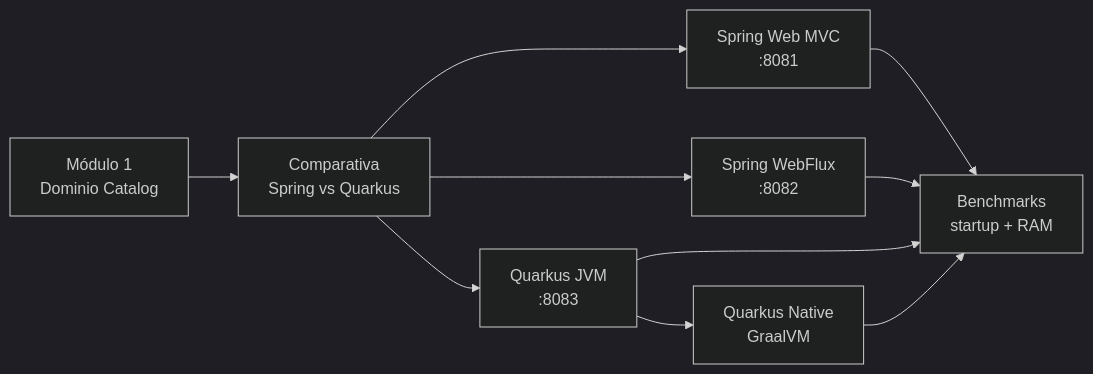
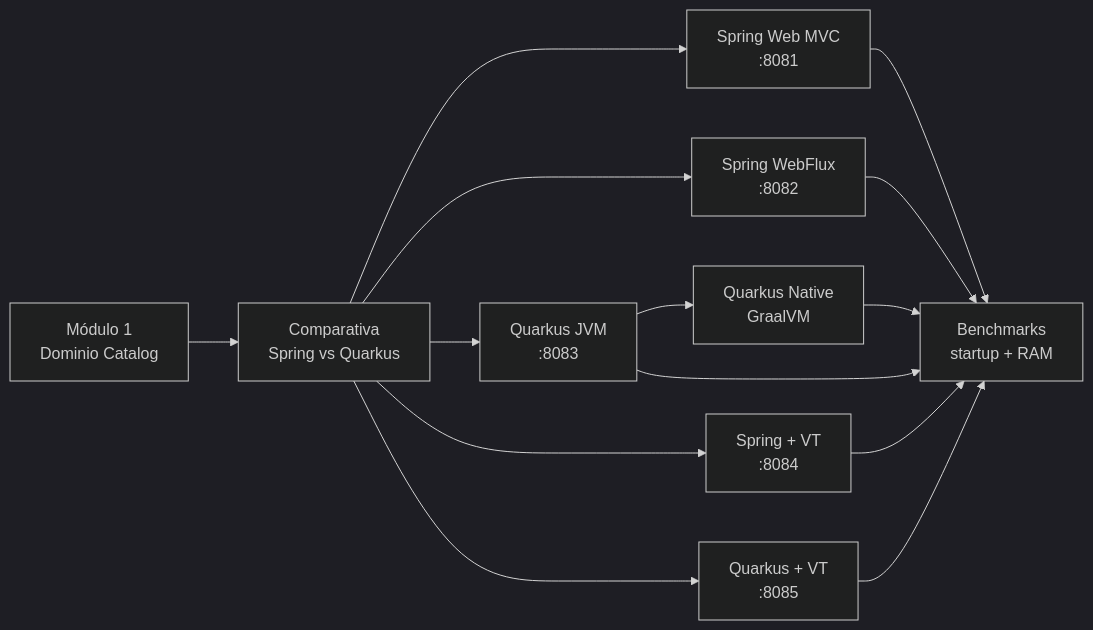
The diagram in modulo-02-spring-boot-vs-quarkus/README.md (joedayz/microservicios-2026), drawn with Mermaid (dark theme) before and after one commit. The commit also changed other lines of this file and 25 other files, not shown here.

Commit message:
spring boot 4 vs quarkus con VT

````diff
--- a/modulo-02-spring-boot-vs-quarkus/README.md
+++ b/modulo-02-spring-boot-vs-quarkus/README.md
@@ -94,15 +120,17 @@
 ```mermaid
 flowchart LR
     M1["Módulo 1<br/>Dominio Catalog"]
     CMP["Comparativa<br/>Spring vs Quarkus"]
     MVC["Spring Web MVC<br/>:8081"]
     FLUX["Spring WebFlux<br/>:8082"]
     QJVM["Quarkus JVM<br/>:8083"]
+    SVT["Spring + VT<br/>:8084"]
+    QVT["Quarkus + VT<br/>:8085"]
     QNAT["Quarkus Native<br/>GraalVM"]
     BENCH["Benchmarks<br/>startup + RAM"]
 
     M1 --> CMP
-    CMP --> MVC & FLUX & QJVM
+    CMP --> MVC & FLUX & QJVM & SVT & QVT
     QJVM --> QNAT
-    MVC & FLUX & QJVM & QNAT --> BENCH
+    MVC & FLUX & QJVM & SVT & QVT & QNAT --> BENCH
 ```
````
